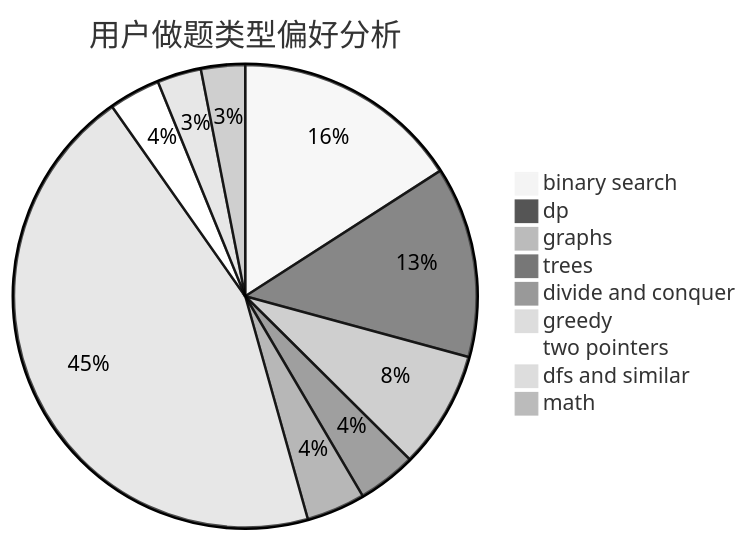
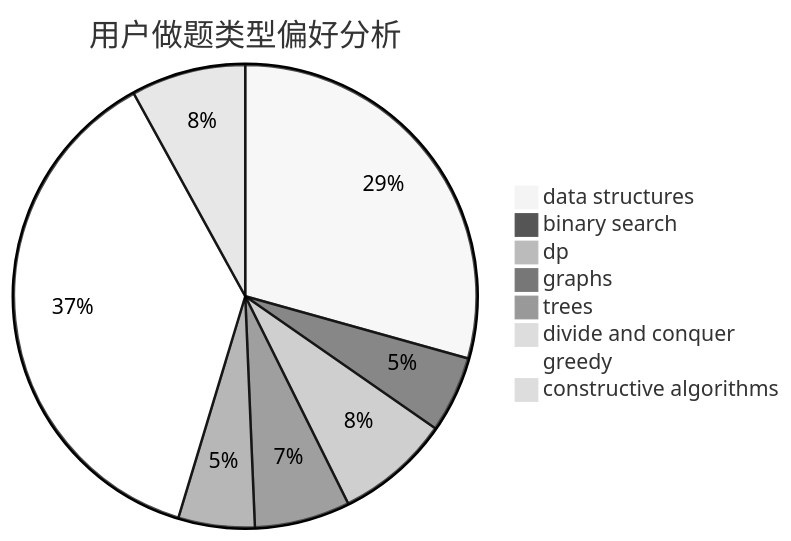
The second of 3 diagrams in docs/user/u1614.md (sherpahu/cfrs.github.io), drawn with Mermaid (neutral theme) before and after one commit. The commit also changed other lines of this file and 2775 other files, not shown here.

````diff
--- a/docs/user/u1614.md
+++ b/docs/user/u1614.md
@@ -23,12 +23,11 @@
 ```mermaid
 pie title 用户做题类型偏好分析
-    "binary search" :  31
-    "dp" :  26
-    "graphs" :  16
-    "trees" :  8
-    "divide and conquer" :  8
-    "greedy" :  87
-    "two pointers" :  7
-    "dfs and similar" :  6
-    "math" :  6
+    "data structures" :  22
+    "binary search" :  4
+    "dp" :  6
+    "graphs" :  5
+    "trees" :  4
+    "divide and conquer" :  0
+    "greedy" :  28
+    "constructive algorithms" :  6
 ```
````
